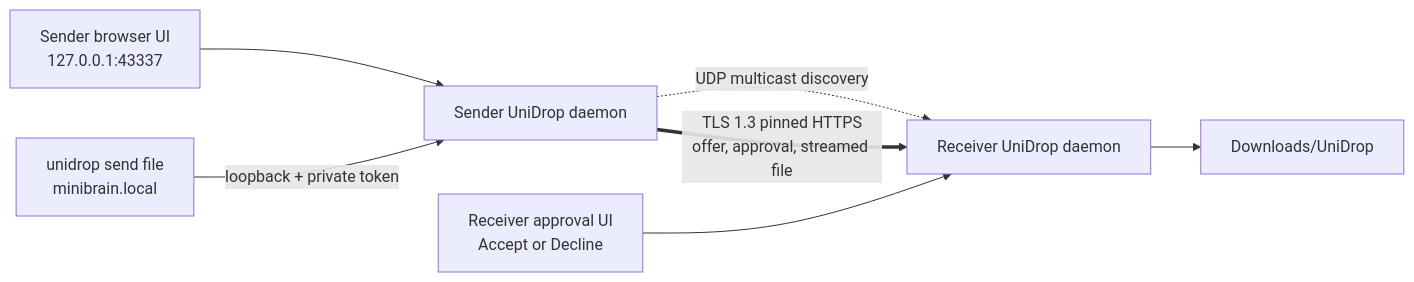
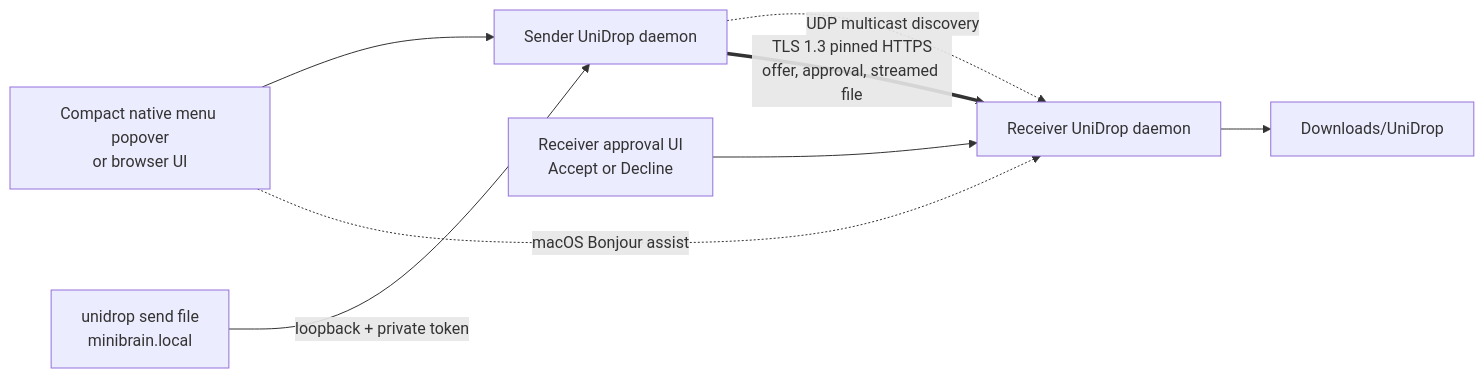
The diagram in docs/ARCHITECTURE.md (lalomorales22/unidrop), drawn with Mermaid before and after one commit. The commit also changed other lines of this file and 11 other files, not shown here.

Commit message:
Add native macOS menu app and automatic discovery

````diff
--- a/docs/ARCHITECTURE.md
+++ b/docs/ARCHITECTURE.md
@@ -18,9 +18,10 @@
 ```mermaid
 flowchart LR
-    UIA["Sender browser UI\n127.0.0.1:43337"] --> DA["Sender UniDrop daemon"]
+    UIA["Compact native menu popover\nor browser UI"] --> DA["Sender UniDrop daemon"]
     CLIA["unidrop send file\nminibrain.local"] -->|"loopback + private token"| DA
     DA -. "UDP multicast discovery" .-> DB["Receiver UniDrop daemon"]
+    UIA -. "macOS Bonjour assist" .-> DB
     DA == "TLS 1.3 pinned HTTPS\noffer, approval, streamed file" ==> DB
     DB --> DL["Downloads/UniDrop"]
     UIB["Receiver approval UI\nAccept or Decline"] --> DB
 ```
````
